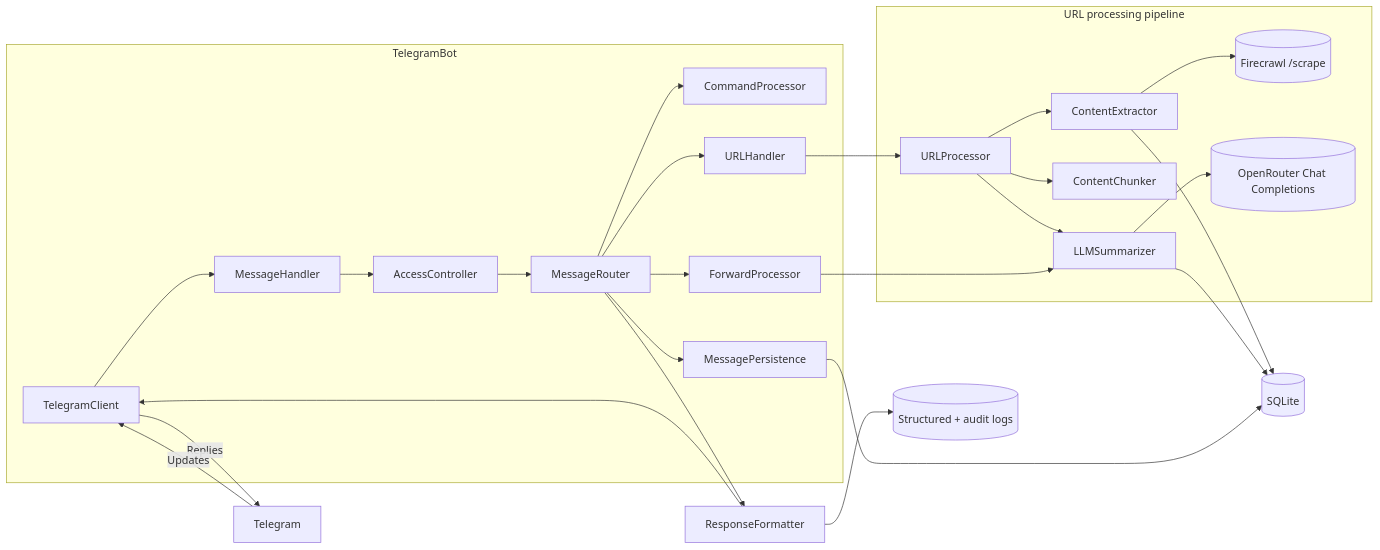
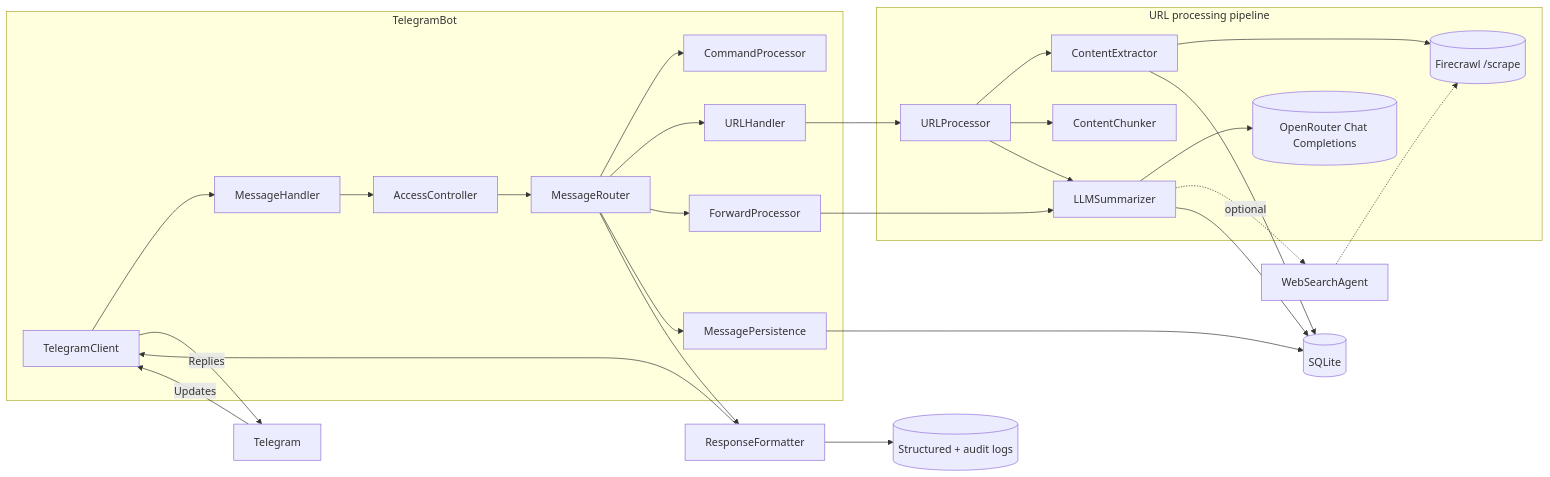
The diagram in README.md (po4yka/bite-size-reader), drawn with Mermaid before and after one commit. The commit also changed other lines of this file and 13 other files, not shown here.

First line of the commit message:
feat: add LLM-driven web search enrichment for article summaries

````diff
--- a/README.md
+++ b/README.md
@@ -7,31 +7,33 @@
 ```mermaid
 flowchart LR
   subgraph TelegramBot
     TGClient[TelegramClient] --> MsgHandler[MessageHandler]
     MsgHandler --> AccessController
     AccessController --> MessageRouter
     MessageRouter --> CommandProcessor
     MessageRouter --> URLHandler
     MessageRouter --> ForwardProcessor
     MessageRouter --> MessagePersistence
   end
 
   subgraph URLPipeline[URL processing pipeline]
     URLHandler --> URLProcessor
     URLProcessor --> ContentExtractor
     ContentExtractor --> Firecrawl[(Firecrawl /scrape)]
     URLProcessor --> ContentChunker
     URLProcessor --> LLMSummarizer
     LLMSummarizer --> OpenRouter[(OpenRouter Chat Completions)]
   end
 
   ForwardProcessor --> LLMSummarizer
+  LLMSummarizer -.->|optional| WebSearch[WebSearchAgent]
+  WebSearch -.-> Firecrawl
   ContentExtractor --> SQLite[(SQLite)]
   MessagePersistence --> SQLite
   LLMSummarizer --> SQLite
   MessageRouter --> ResponseFormatter
   ResponseFormatter --> TGClient
   TGClient -->|Replies| Telegram
   Telegram -->|Updates| TGClient
   ResponseFormatter --> Logs[(Structured + audit logs)]
 ```
````
